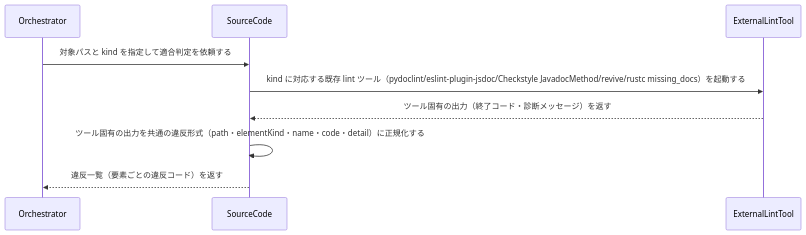
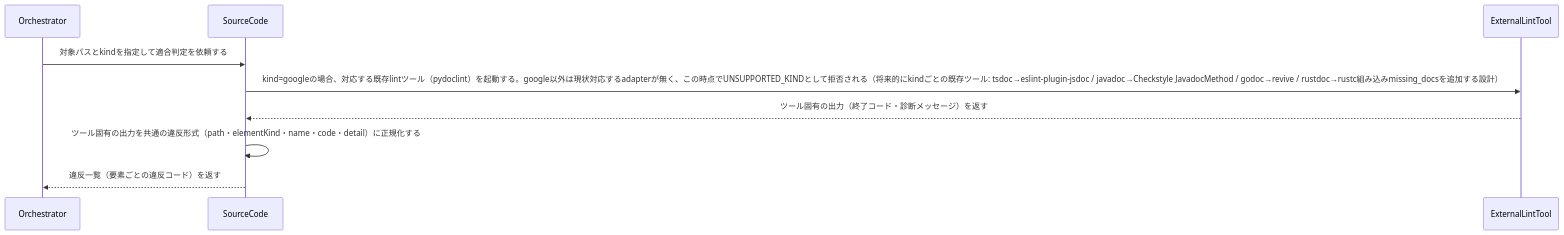
The diagram in .waffle/specs/bc-waffle/subdomain/sd-docstring-linting/usecase/uc-lint-docstring.md (daidaiiro-519/waffle), drawn with Mermaid before and after one commit. The commit also changed other lines of this file and 30 other files, not shown here.

First line of the commit message:
DomainSpecSchema/v3を新設し、usecaseに存在意義(rationale)ブロックを追加

````diff
--- a/.waffle/specs/bc-waffle/subdomain/sd-docstring-linting/usecase/uc-lint-docstring.md
+++ b/.waffle/specs/bc-waffle/subdomain/sd-docstring-linting/usecase/uc-lint-docstring.md
@@ -34,8 +46,8 @@
 ```mermaid
 sequenceDiagram
-    Orchestrator->>SourceCode: 対象パスと kind を指定して適合判定を依頼する
-    SourceCode->>ExternalLintTool: kind に対応する既存 lint ツール（pydoclint/eslint-plugin-jsdoc/Checkstyle JavadocMethod/revive/rustc missing_docs）を起動する
+    Orchestrator->>SourceCode: 対象パスとkindを指定して適合判定を依頼する
+    SourceCode->>ExternalLintTool: kind=googleの場合、対応する既存lintツール（pydoclint）を起動する。google以外は現状対応するadapterが無く、この時点でUNSUPPORTED_KINDとして拒否される（将来的にkindごとの既存ツール: tsdoc→eslint-plugin-jsdoc / javadoc→Checkstyle JavadocMethod / godoc→revive / rustdoc→rustc組み込みmissing_docsを追加する設計）
     ExternalLintTool-->>SourceCode: ツール固有の出力（終了コード・診断メッセージ）を返す
     SourceCode->>SourceCode: ツール固有の出力を共通の違反形式（path・elementKind・name・code・detail）に正規化する
     SourceCode-->>Orchestrator: 違反一覧（要素ごとの違反コード）を返す
 ```
````
